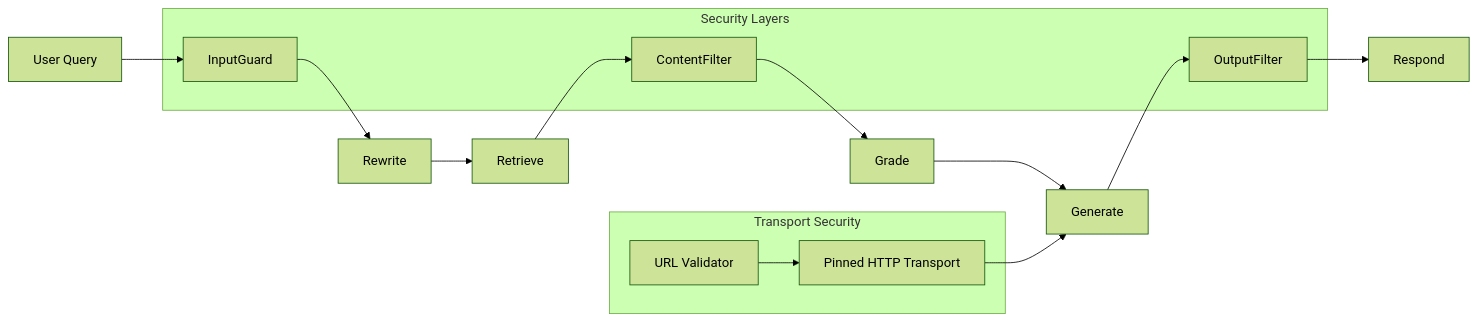
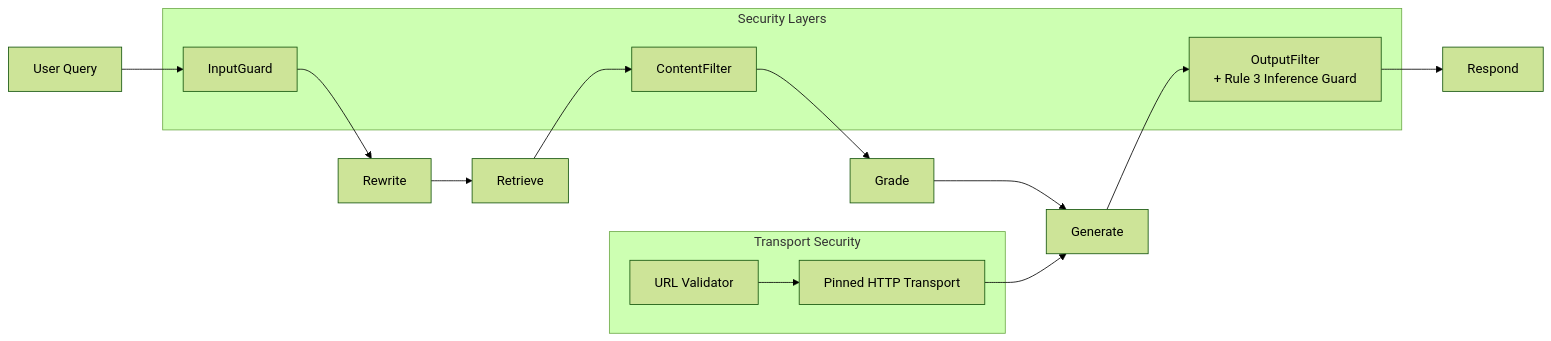
The second of 16 diagrams in .qoder/repowiki/en/content/Architecture and Design/Security and Compliance Architecture.md (genes8/private-ai), drawn with Mermaid (forest theme) before and after one commit. The commit also changed other lines of this file and 36 other files, not shown here.

````diff
--- a/.qoder/repowiki/en/content/Architecture and Design/Security and Compliance Architecture.md
+++ b/.qoder/repowiki/en/content/Architecture and Design/Security and Compliance Architecture.md
@@ -200,22 +198,22 @@
 ```mermaid
 graph LR
 User["User Query"] --> IG["InputGuard"]
 IG --> RW["Rewrite"]
 RW --> RET["Retrieve"]
 RET --> CF["ContentFilter"]
 CF --> GRADE["Grade"]
 GRADE --> GEN["Generate"]
 GEN --> OF["OutputFilter"]
 OF --> RESP["Respond"]
 subgraph "Security Layers"
 IG["InputGuard"]
 CF["ContentFilter"]
-OF["OutputFilter"]
+OF["OutputFilter<br/>+ Rule 3 Inference Guard"]
 end
 subgraph "Transport Security"
 URLV["URL Validator"]
 PH["Pinned HTTP Transport"]
 end
 URLV --> PH
 PH --> GEN
 ```
````
